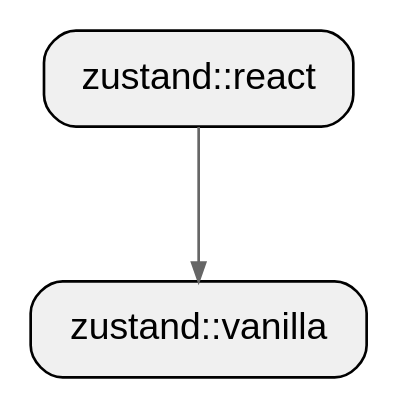
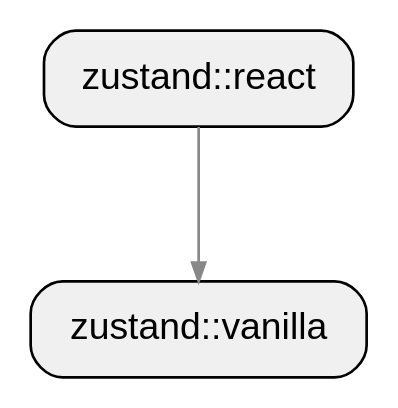
The diagram in sample/typescript/zustand-pagerank/depth_2_module.dot (allenanswerzq/llmcc), drawn with Graphviz before and after one commit. The commit also changed 584 other files, not shown here.

Commit message:
update graphs

```diff
--- a/sample/typescript/zustand-pagerank/depth_2_module.dot
+++ b/sample/typescript/zustand-pagerank/depth_2_module.dot
@@ -1,20 +1,18 @@
 digraph architecture {
-  // Layout settings
   rankdir=TB;
   ranksep=0.8;
   nodesep=0.4;
   splines=ortho;
   concentrate=true;
 
   node [shape=box, style="rounded,filled", fillcolor="#f0f0f0", fontname="Helvetica"];
-  edge [color="#666666", arrowsize=0.7];
+  edge [color="#888888", arrowsize=0.7];
 
   labelloc=t;
   fontsize=16;
-  fontname="Helvetica Bold";
 
-  mod_zustand_react[label="zustand::react", folder="/home/yibai/llmcc/sample/repos/zustand/src/react"];
-  mod_zustand_vanilla[label="zustand::vanilla", folder="/home/yibai/llmcc/sample/repos/zustand/src"];
+  mod_zustand_react[label="zustand::react", path="/home/yibai/llmcc/sample/repos/zustand/src/react"];
+  mod_zustand_vanilla[label="zustand::vanilla", path="/home/yibai/llmcc/sample/repos/zustand/src"];
 
   mod_zustand_react -> mod_zustand_vanilla;
 }
```
